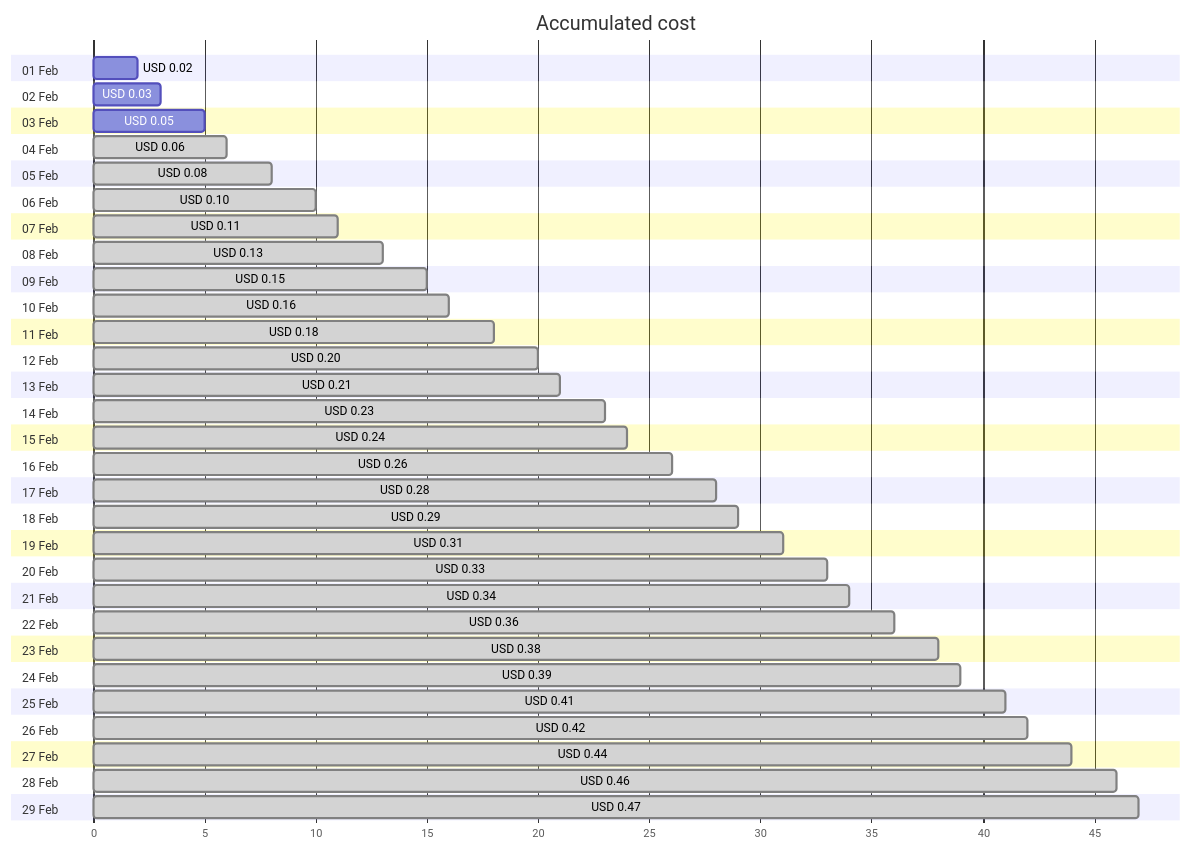
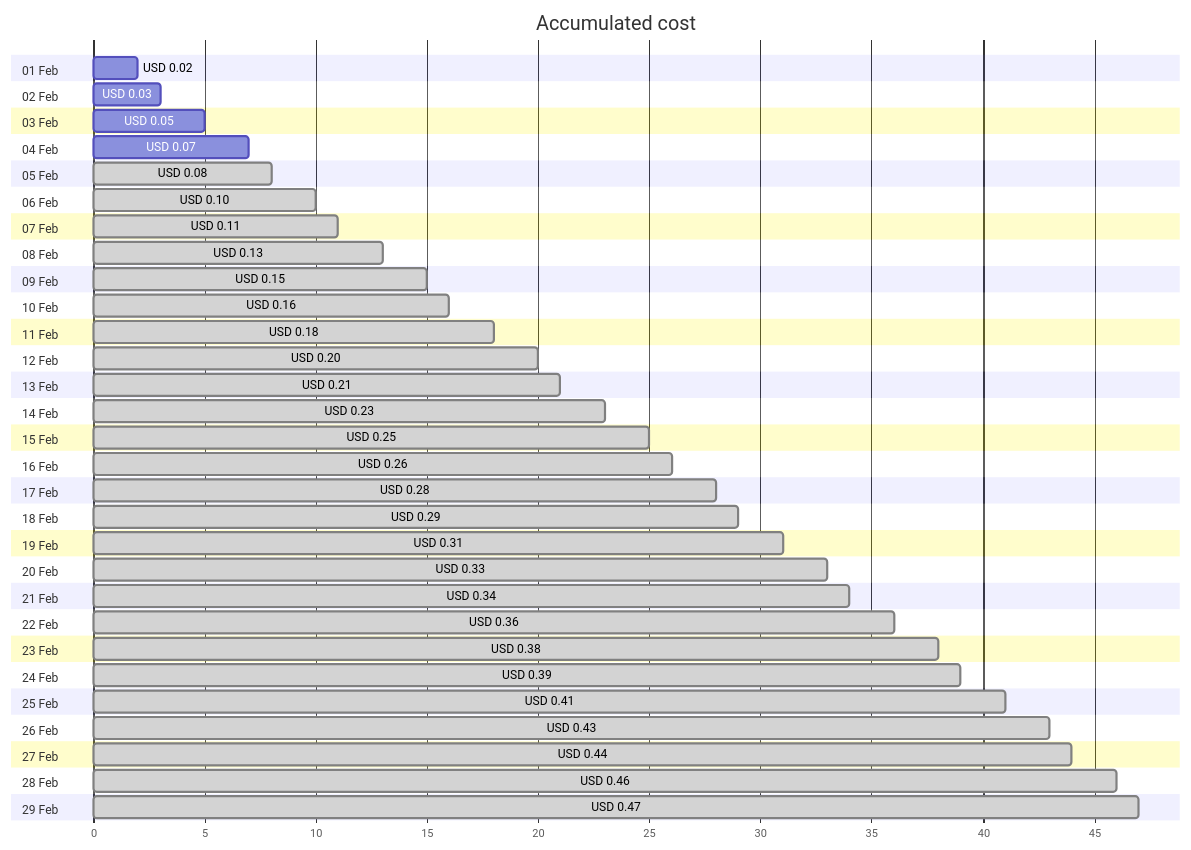
One commit to jpfulton/azure-personal-reports changed the first of 4 diagrams in cost-reports/personal-dns/jpatrickfulton.dev.md. Above: the diagram before and after it, drawn with Mermaid. The commit also changed other lines of this file and 2 other files, not shown here.

````diff
--- a/cost-reports/personal-dns/jpatrickfulton.dev.md
+++ b/cost-reports/personal-dns/jpatrickfulton.dev.md
@@ -20,64 +20,64 @@
 ```mermaid
 gantt
    title Accumulated cost
    dateFormat  X
    axisFormat %s
    section 01 Feb
    USD 0.02 :0, 2
    section 02 Feb
    USD 0.03 :0, 3
    section 03 Feb
    USD 0.05 :0, 5
    section 04 Feb
-   USD 0.06 : done, 0, 6
+   USD 0.07 :0, 7
    section 05 Feb
    USD 0.08 : done, 0, 8
    section 06 Feb
    USD 0.10 : done, 0, 10
    section 07 Feb
    USD 0.11 : done, 0, 11
    section 08 Feb
    USD 0.13 : done, 0, 13
    section 09 Feb
    USD 0.15 : done, 0, 15
    section 10 Feb
    USD 0.16 : done, 0, 16
    section 11 Feb
    USD 0.18 : done, 0, 18
    section 12 Feb
    USD 0.20 : done, 0, 20
    section 13 Feb
    USD 0.21 : done, 0, 21
    section 14 Feb
    USD 0.23 : done, 0, 23
    section 15 Feb
-   USD 0.24 : done, 0, 24
+   USD 0.25 : done, 0, 25
    section 16 Feb
    USD 0.26 : done, 0, 26
    section 17 Feb
    USD 0.28 : done, 0, 28
    section 18 Feb
    USD 0.29 : done, 0, 29
    section 19 Feb
    USD 0.31 : done, 0, 31
    section 20 Feb
    USD 0.33 : done, 0, 33
    section 21 Feb
    USD 0.34 : done, 0, 34
    section 22 Feb
    USD 0.36 : done, 0, 36
    section 23 Feb
    USD 0.38 : done, 0, 38
    section 24 Feb
    USD 0.39 : done, 0, 39
    section 25 Feb
    USD 0.41 : done, 0, 41
    section 26 Feb
-   USD 0.42 : done, 0, 42
+   USD 0.43 : done, 0, 43
    section 27 Feb
    USD 0.44 : done, 0, 44
    section 28 Feb
    USD 0.46 : done, 0, 46
    section 29 Feb
    USD 0.47 : done, 0, 47
 ```
````
